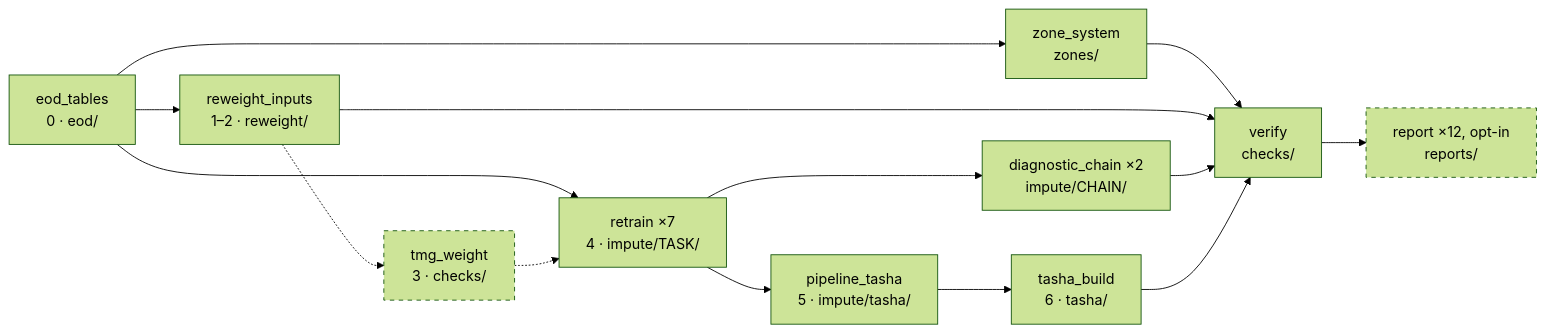
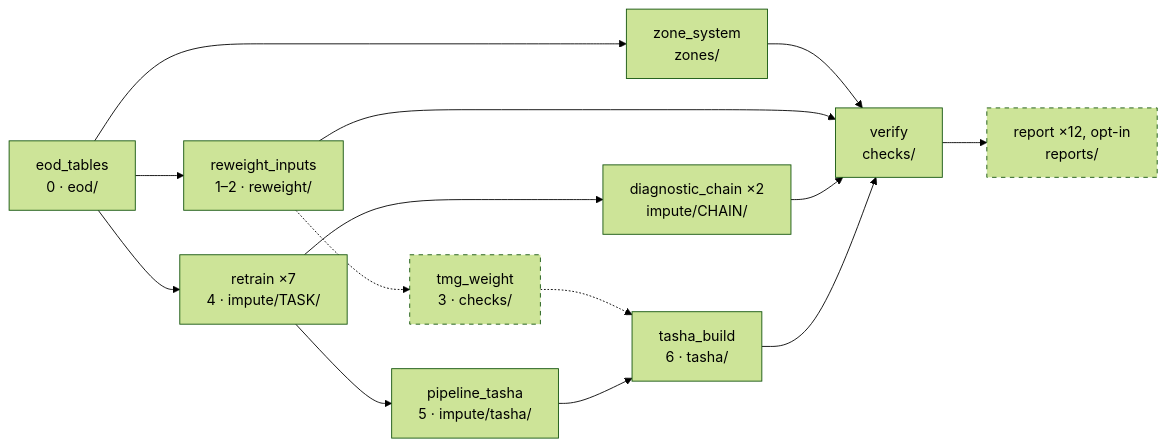
Before and after one commit to CentroFuturoCiudades/eodgdl: the diagram in README.md, drawn with Mermaid (forest theme). The commit also changed other lines of this file and 24 other files, not shown here.

````diff
--- a/README.md
+++ b/README.md
@@ -36,23 +39,23 @@
 ```mermaid
 flowchart LR
     eod_tables["eod_tables<br/>0 · eod/"]
     zone_system["zone_system<br/>zones/"]
     reweight_inputs["reweight_inputs<br/>1–2 · reweight/"]
     tmg_weight["tmg_weight<br/>3 · checks/"]
     retrain["retrain ×7<br/>4 · impute/TASK/"]
     diagnostic_chain["diagnostic_chain ×2<br/>impute/CHAIN/"]
     pipeline_tasha["pipeline_tasha<br/>5 · impute/tasha/"]
     tasha_build["tasha_build<br/>6 · tasha/"]
     verify["verify<br/>checks/"]
     report["report ×12, opt-in<br/>reports/"]
 
     eod_tables --> zone_system & reweight_inputs & retrain
-    reweight_inputs -.-> tmg_weight -.-> retrain
+    reweight_inputs -.-> tmg_weight -.-> tasha_build
     retrain --> diagnostic_chain & pipeline_tasha
     pipeline_tasha --> tasha_build
     zone_system & reweight_inputs & diagnostic_chain & tasha_build --> verify
     verify --> report
 
     classDef dashed stroke-dasharray: 5 5
     class tmg_weight,report dashed
 ```
````
